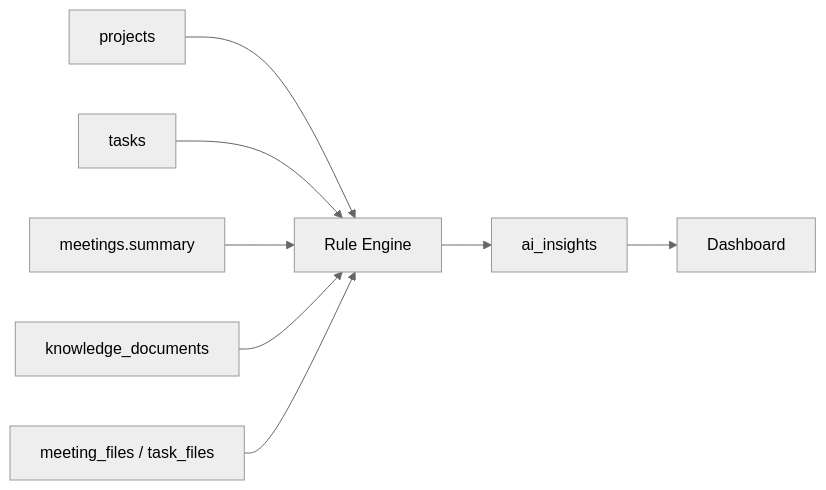
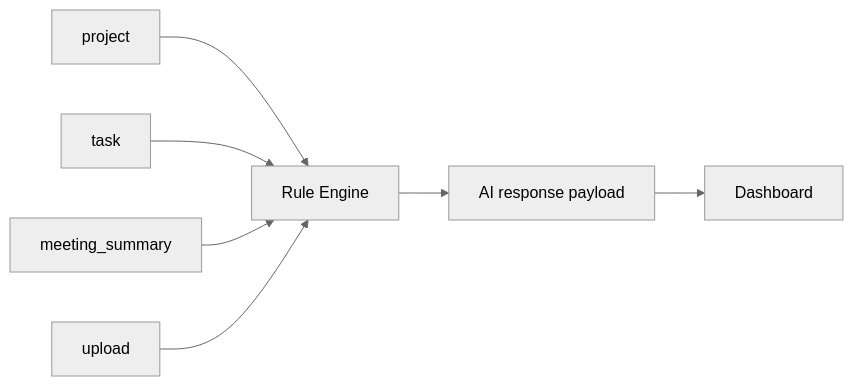
The diagram in ai/Dashboard_Insight_Rules.md (Teamoria/ai), drawn with Mermaid (neutral theme) before and after one commit. The commit also changed other lines of this file and 8 other files, not shown here.

````diff
--- a/ai/Dashboard_Insight_Rules.md
+++ b/ai/Dashboard_Insight_Rules.md
@@ -9,10 +9,9 @@
 ```mermaid
 flowchart LR
-    P[projects] --> R[Rule Engine]
-    T[tasks] --> R
-    M[meetings.summary] --> R
-    K[knowledge_documents] --> R
-    F[meeting_files / task_files] --> R
-    R --> I[ai_insights]
+    P[project] --> R[Rule Engine]
+    T[task] --> R
+    M[meeting_summary] --> R
+    U[upload] --> R
+    R --> I[AI response payload]
     I --> D[Dashboard]
 ```
````
